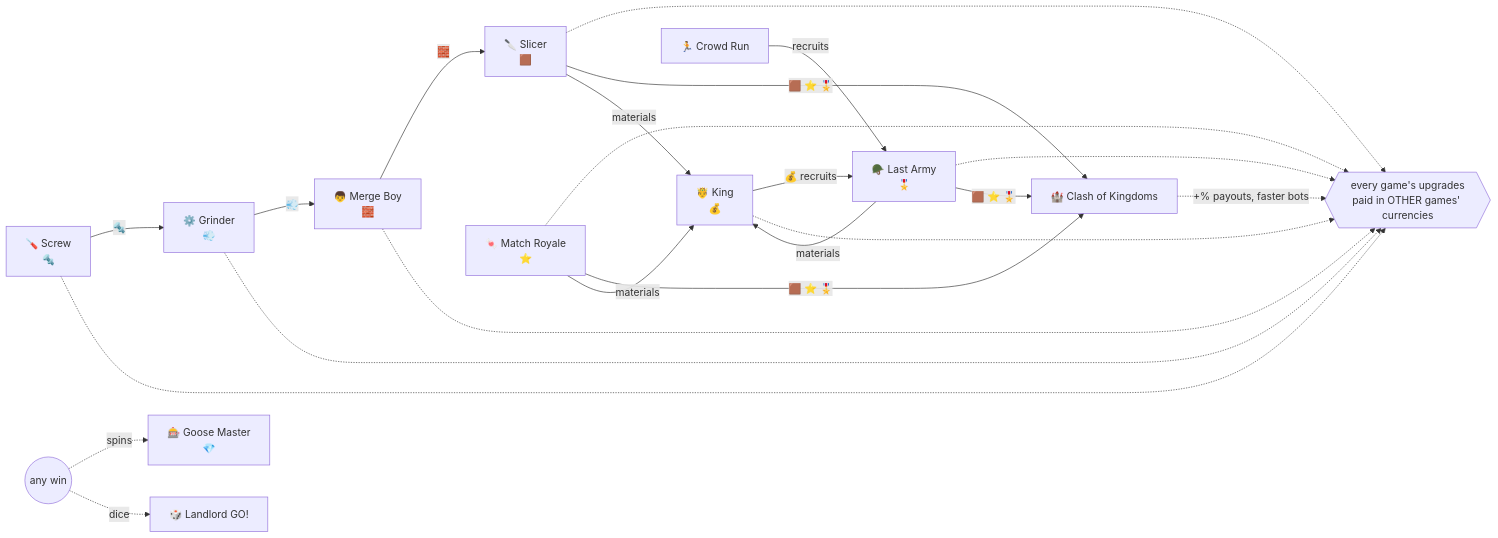
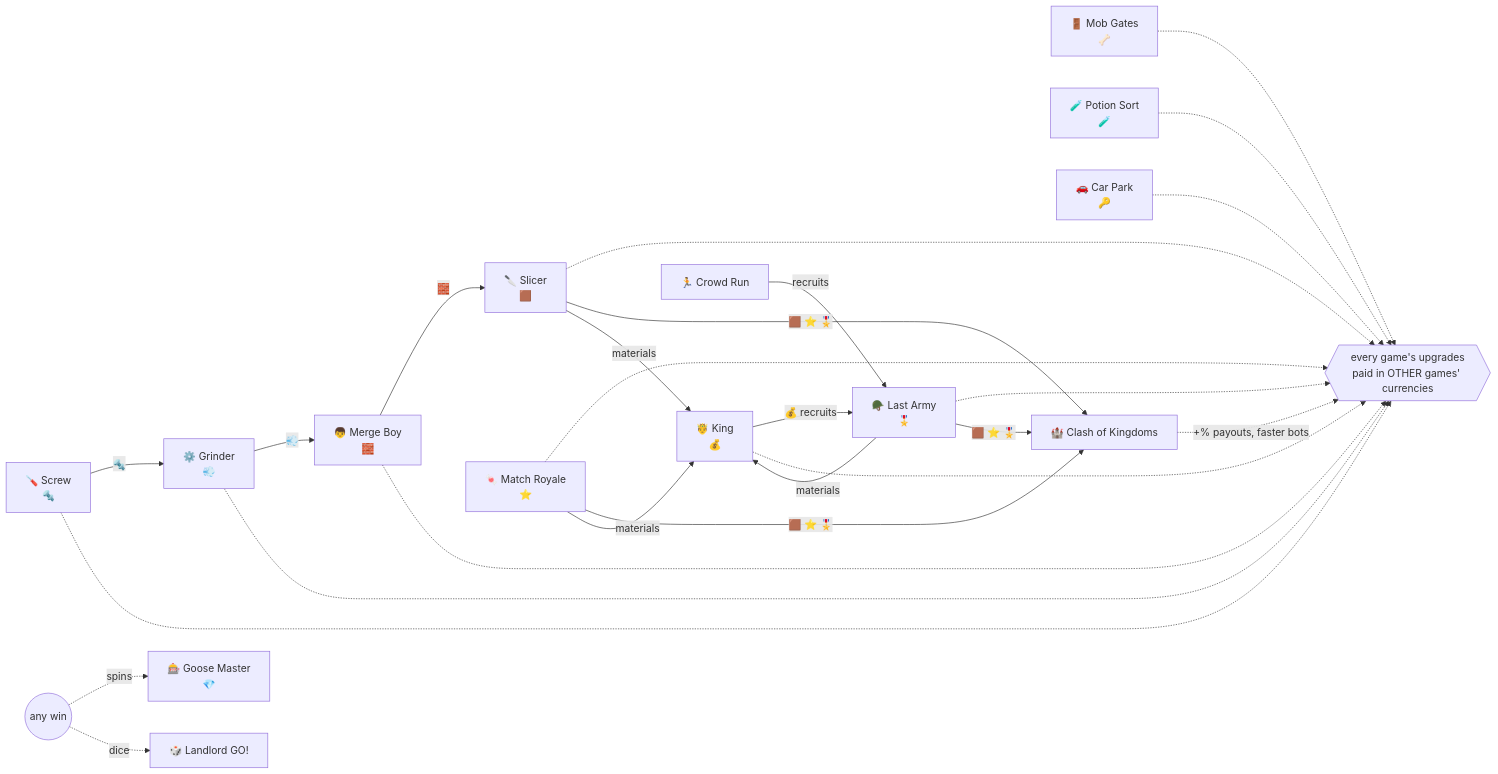
The diagram in docs/PROPOSAL.md (wrightmalone/mergeboy), drawn with Mermaid before and after one commit. The commit also changed other lines of this file and 14 other files, not shown here.

First line of the commit message:
Add Mob Gates 3D, Potion Sort and Car Park Jam

````diff
--- a/docs/PROPOSAL.md
+++ b/docs/PROPOSAL.md
@@ -39,16 +42,19 @@
 ```mermaid
 flowchart LR
   screw[🪛 Screw<br/>🔩] -->|🔩| grinder[⚙️ Grinder<br/>💨]
   grinder -->|💨| merge[👦 Merge Boy<br/>🧱]
   merge -->|🧱| slicer[🔪 Slicer<br/>🟫]
   king[🤴 King<br/>💰] -->|💰 recruits| army[🪖 Last Army<br/>🎖️]
   crowd[🏃 Crowd Run] -->|recruits| army
+  mob[🚪 Mob Gates<br/>🦴]
+  sort[🧪 Potion Sort<br/>🧪]
+  park[🚗 Car Park<br/>🔑]
   upgrades{{every game's upgrades<br/>paid in OTHER games' currencies}}
-  screw & grinder & merge & slicer & king & army -.-> upgrades
+  screw & grinder & merge & slicer & king & army & mob & sort & park -.-> upgrades
   match3[🍬 Match Royale<br/>⭐] -.-> upgrades
   slicer & match3 & army -->|🟫 ⭐ 🎖️| base[🏰 Clash of Kingdoms]
   base -.->|+% payouts, faster bots| upgrades
   slicer & match3 & army -->|materials| king
   wins((any win)) -.->|spins| spin[🎰 Goose Master<br/>💎]
   wins -.->|dice| board[🎲 Landlord GO!]
 ```
````
